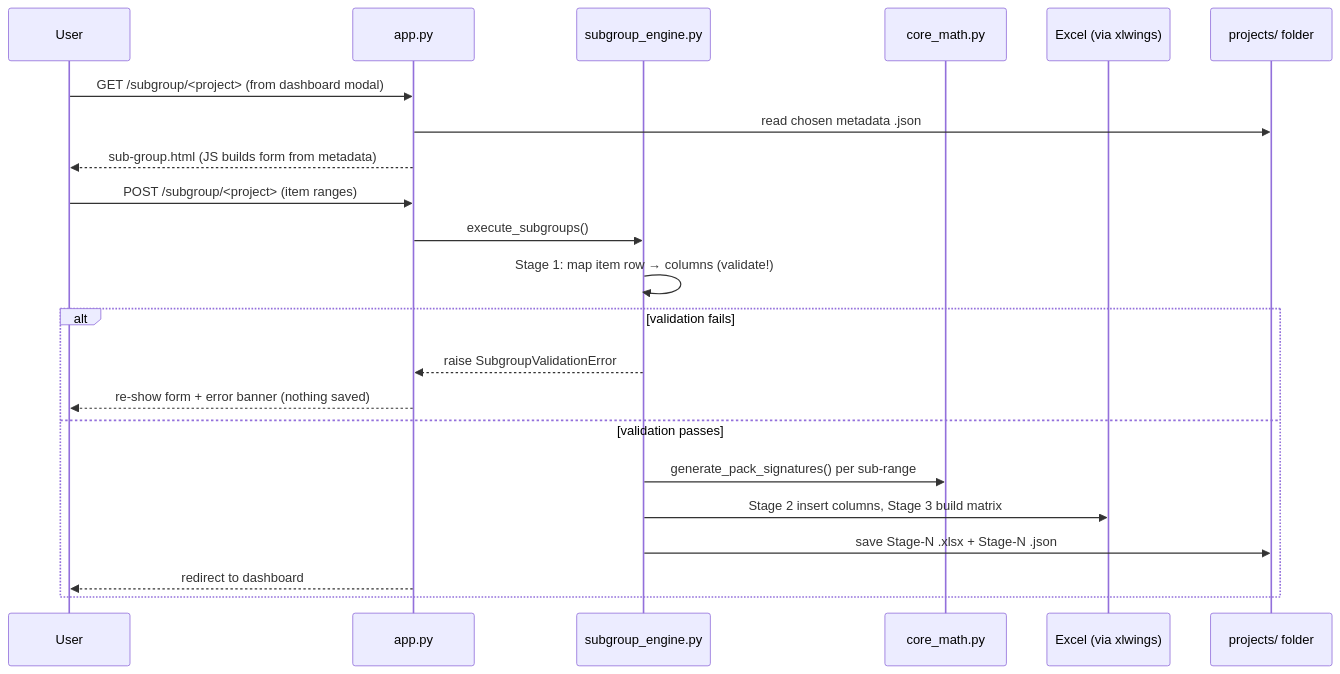
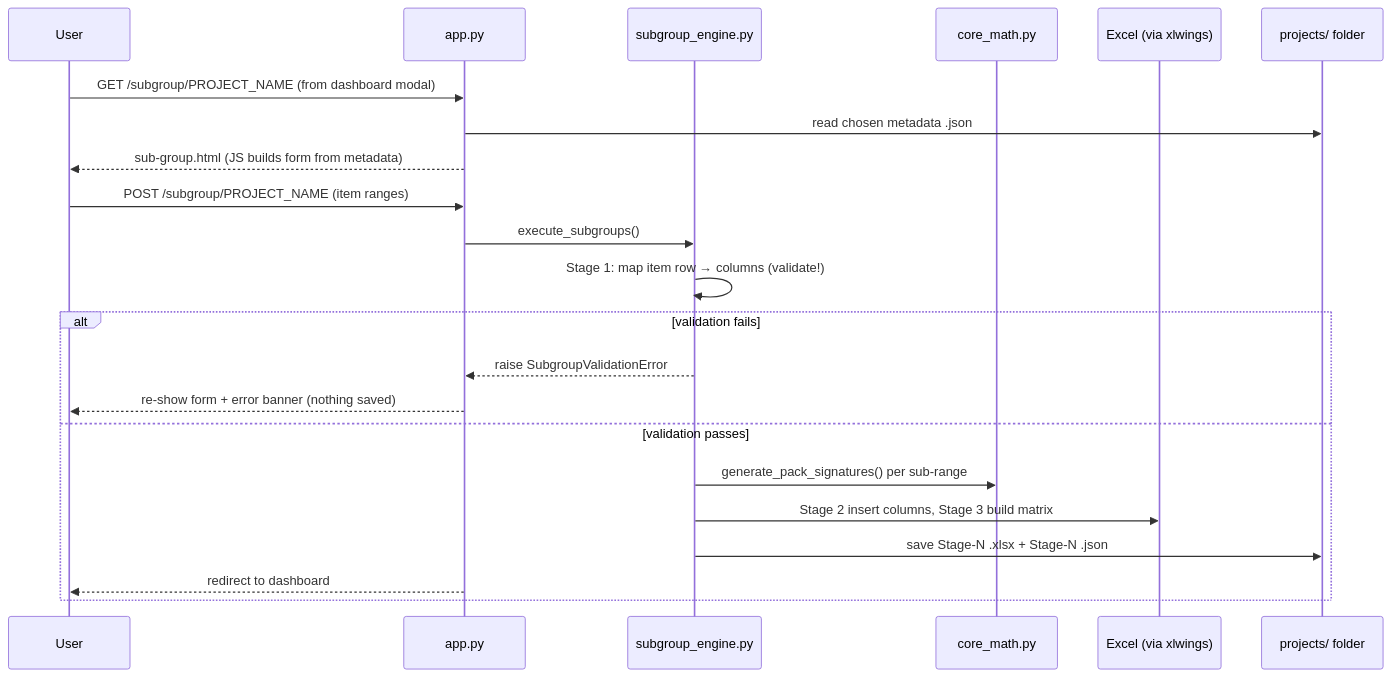
One commit to nesubat/Warehouse_app changed diagram 15 of 16 in CODE_GUIDE.md. Above: the diagram before and after it, drawn with Mermaid. The commit also changed other lines of this file and 2 other files, not shown here.

````diff
--- a/CODE_GUIDE.md
+++ b/CODE_GUIDE.md
@@ -809,25 +810,25 @@
 ```mermaid
 sequenceDiagram
     participant U as User
     participant App as app.py
     participant Sub as subgroup_engine.py
     participant CM as core_math.py
     participant XL as Excel (via xlwings)
     participant FS as projects/ folder
 
-    U->>App: GET /subgroup/<project> (from dashboard modal)
+    U->>App: GET /subgroup/PROJECT_NAME (from dashboard modal)
     App->>FS: read chosen metadata .json
     App-->>U: sub-group.html (JS builds form from metadata)
-    U->>App: POST /subgroup/<project> (item ranges)
+    U->>App: POST /subgroup/PROJECT_NAME (item ranges)
     App->>Sub: execute_subgroups()
     Sub->>Sub: Stage 1: map item row → columns (validate!)
     alt validation fails
         Sub-->>App: raise SubgroupValidationError
         App-->>U: re-show form + error banner (nothing saved)
     else validation passes
         Sub->>CM: generate_pack_signatures() per sub-range
         Sub->>XL: Stage 2 insert columns, Stage 3 build matrix
         Sub->>FS: save Stage-N .xlsx + Stage-N .json
         App-->>U: redirect to dashboard
     end
 ```
````
